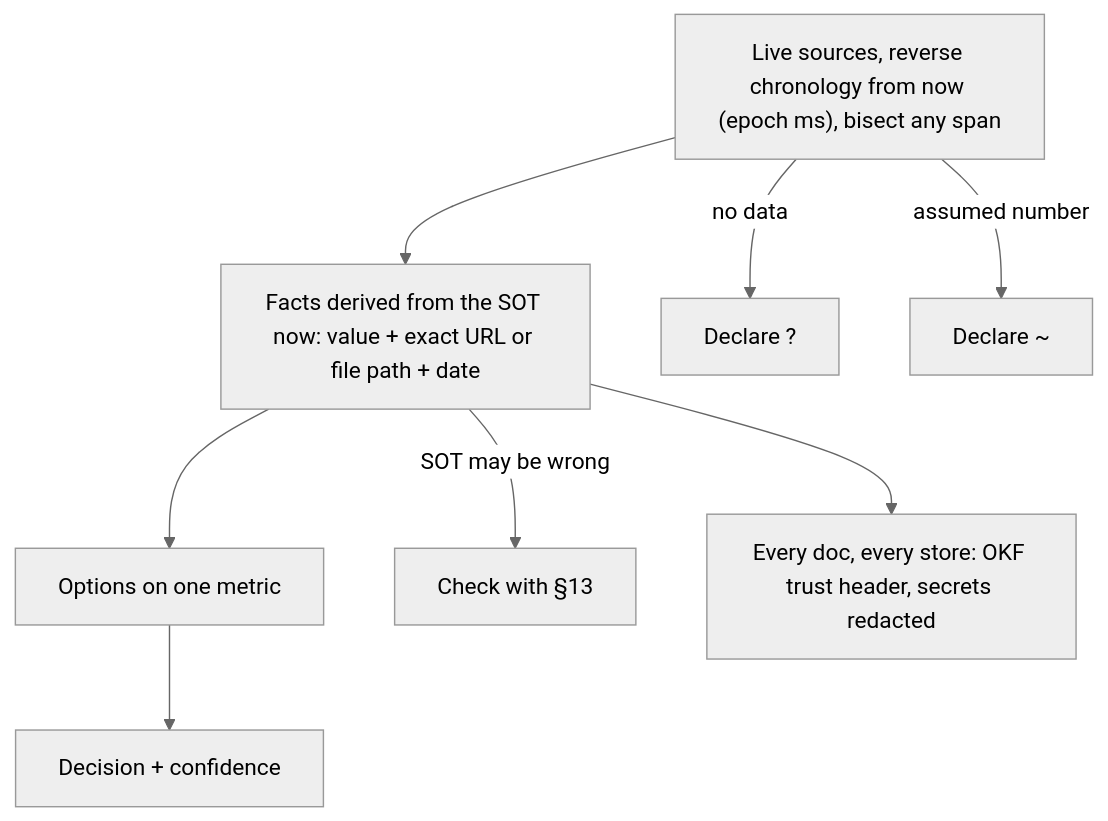
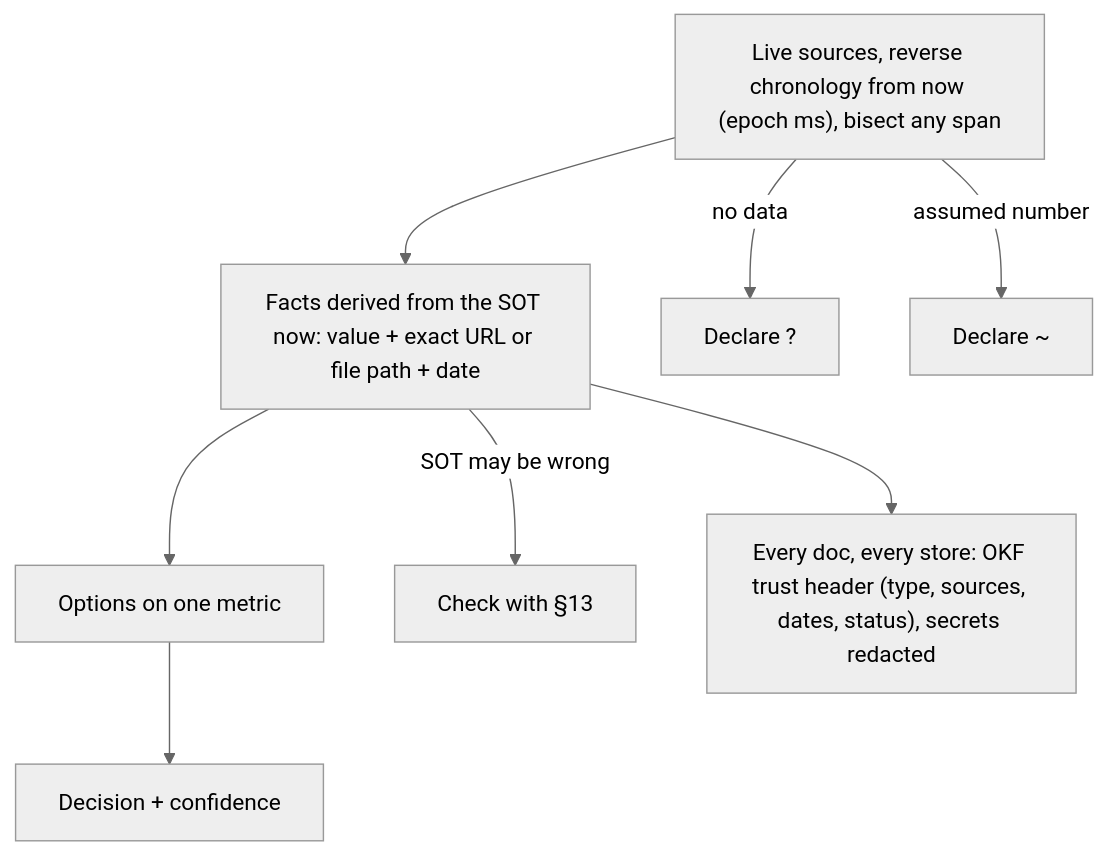
The sixth of 14 diagrams in AGENTS.md (SolenixAI/arbiter), drawn with Mermaid (neutral theme) before and after one commit. The commit also changed other lines of this file, not shown here.

````diff
--- a/AGENTS.md
+++ b/AGENTS.md
@@ -256,9 +256,9 @@
 ```mermaid
 flowchart TD
   D["Live sources, reverse chronology from now (epoch ms), bisect any span"] --> E[Facts derived from the SOT now: value + exact URL or file path + date]
   E --> O[Options on one metric] --> C[Decision + confidence]
   D -->|no data| U["Declare ?"]
   D -->|assumed number| U2["Declare ~"]
   E -->|SOT may be wrong| S13[Check with §13]
-  E --> K["Every doc, every store: OKF trust header, secrets redacted"]
+  E --> K["Every doc, every store: OKF trust header (type, sources, dates, status), secrets redacted"]
 ```
````
